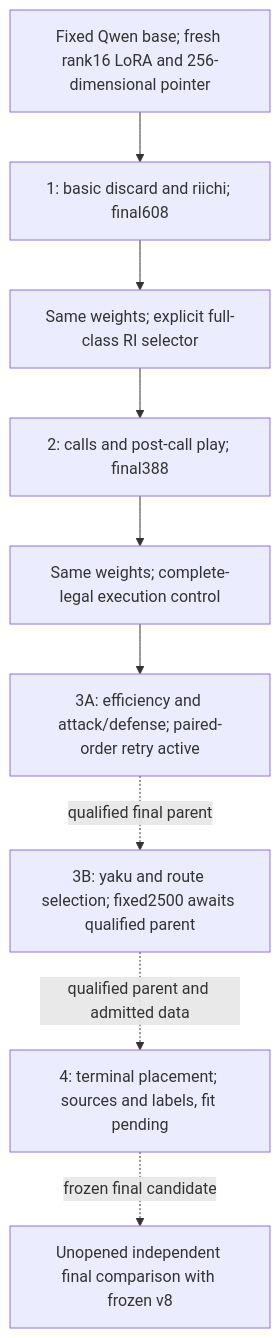
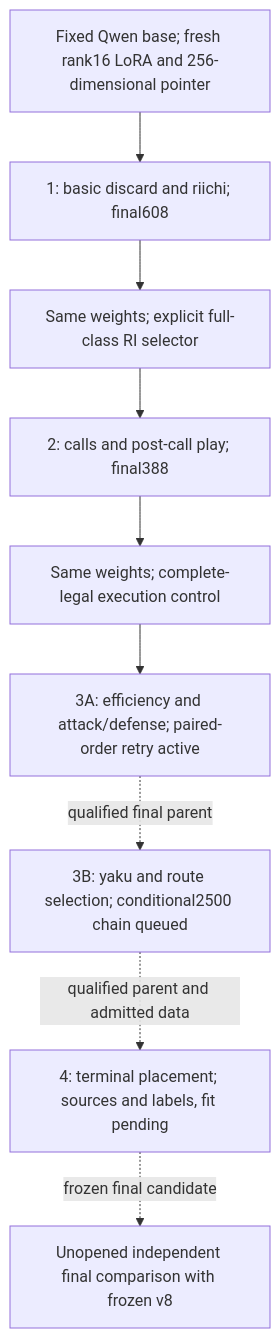
The diagram in reproduction/CURRICULUM_ROUTE.md (YokyYao/JevMajhong), drawn with Mermaid before and after one commit. The commit also changed other lines of this file and 6 other files, not shown here.

````diff
--- a/reproduction/CURRICULUM_ROUTE.md
+++ b/reproduction/CURRICULUM_ROUTE.md
@@ -21,16 +23,16 @@
 ```mermaid
 flowchart TD
     A[Fixed Qwen base; fresh rank16 LoRA and 256-dimensional pointer]
     B[1: basic discard and riichi; final608]
     C[Same weights; explicit full-class RI selector]
     D[2: calls and post-call play; final388]
     E[Same weights; complete-legal execution control]
     F[3A: efficiency and attack/defense; paired-order retry active]
-    G[3B: yaku and route selection; fixed2500 awaits qualified parent]
+    G[3B: yaku and route selection; conditional2500 chain queued]
     H[4: terminal placement; sources and labels, fit pending]
     I[Unopened independent final comparison with frozen v8]
     A --> B --> C --> D --> E --> F
     F -. qualified final parent .-> G
     G -. qualified parent and admitted data .-> H
     H -. frozen final candidate .-> I
 ```
````
